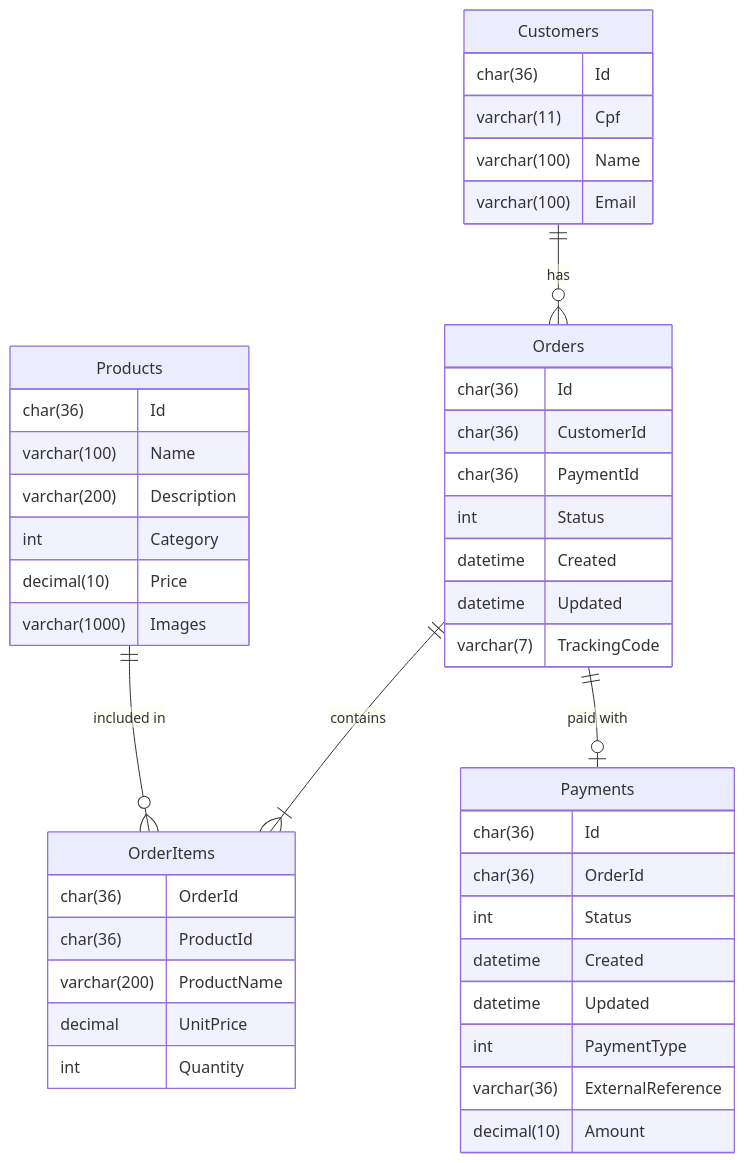
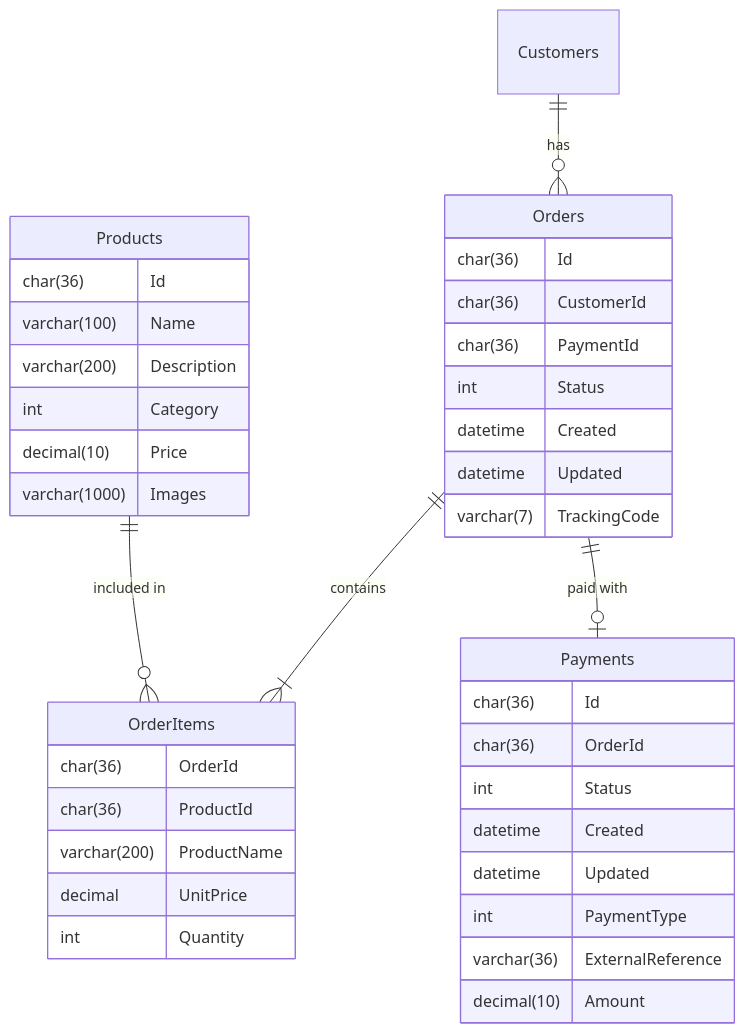
The diagram in README.md (soat-fiap/bmb.database), drawn with Mermaid before and after one commit. The commit also changed other lines of this file and 2 other files, not shown here.

````diff
--- a/README.md
+++ b/README.md
@@ -39,52 +37,46 @@
 ```mermaid
  erDiagram
-    Customers {
-        char(36) Id
-        varchar(11) Cpf
-        varchar(100) Name
-        varchar(100) Email
-    }
-    
+   
     Products {
         char(36) Id
         varchar(100) Name
         varchar(200) Description
         int Category
         decimal(10) Price
         varchar(1000) Images
     }
     
    Orders {
         char(36) Id
         char(36) CustomerId
         char(36) PaymentId
         int Status
         datetime Created
         datetime Updated
         varchar(7) TrackingCode
     }
     
     OrderItems {
         char(36) OrderId
         char(36) ProductId
         varchar(200) ProductName
         decimal UnitPrice
         int Quantity
     }
     
     Payments {
         char(36) Id
         char(36) OrderId
         int Status
         datetime Created
         datetime Updated
         int PaymentType
         varchar(36) ExternalReference
         decimal(10) Amount
     }
     
     Customers ||--o{ Orders : "has"
     Orders ||--|{ OrderItems : "contains"
     Products ||--o{ OrderItems : "included in"
     Orders ||--o| Payments : "paid with"
 ```
````
